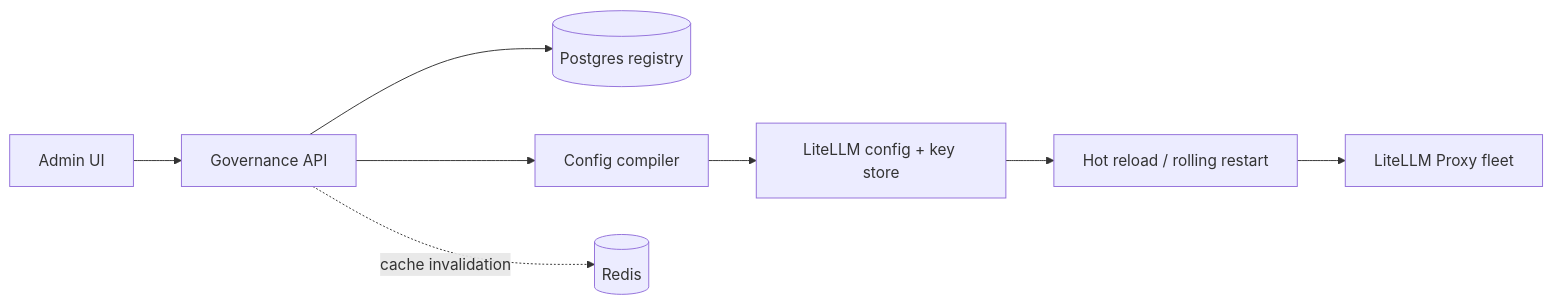
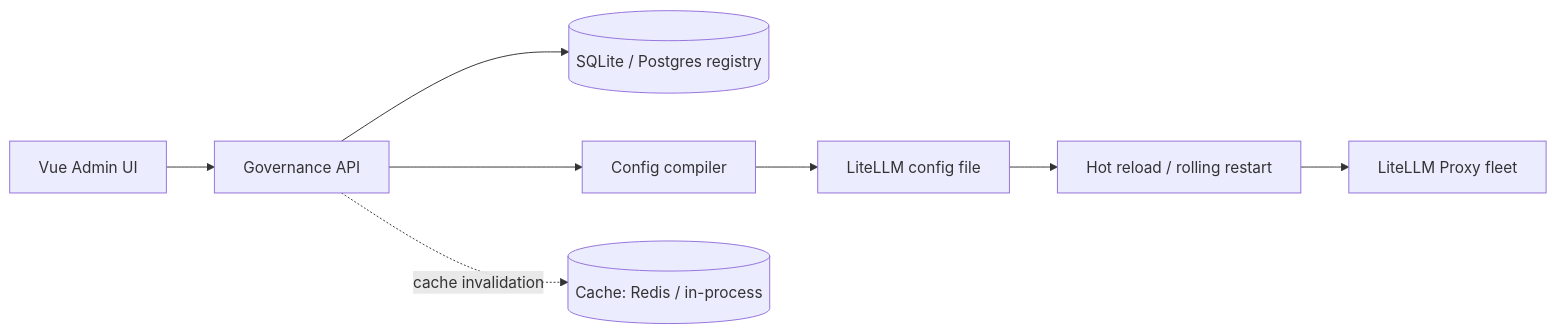
The third of 3 diagrams in doc/ai-gateway/system-design.md (yennanliu/ai-gateway), drawn with Mermaid before and after one commit. The commit also changed other lines of this file and 1 other file, not shown here.

First line of the commit message:
update system design for Vue/uv/SQLite/TDD; add implementation plan

````diff
--- a/doc/ai-gateway/system-design.md
+++ b/doc/ai-gateway/system-design.md
@@ -250,10 +255,10 @@
 ```mermaid
 flowchart LR
-    UI[Admin UI] --> API[Governance API]
-    API --> DB[(Postgres registry)]
+    UI[Vue Admin UI] --> API[Governance API]
+    API --> DB[(SQLite / Postgres registry)]
     API --> GEN[Config compiler]
-    GEN --> CFG[LiteLLM config + key store]
+    GEN --> CFG[LiteLLM config file]
     CFG --> RELOAD[Hot reload / rolling restart]
     RELOAD --> PROXY[LiteLLM Proxy fleet]
-    API -. cache invalidation .-> REDIS[(Redis)]
+    API -. cache invalidation .-> REDIS[(Cache: Redis / in-process)]
 ```
````
